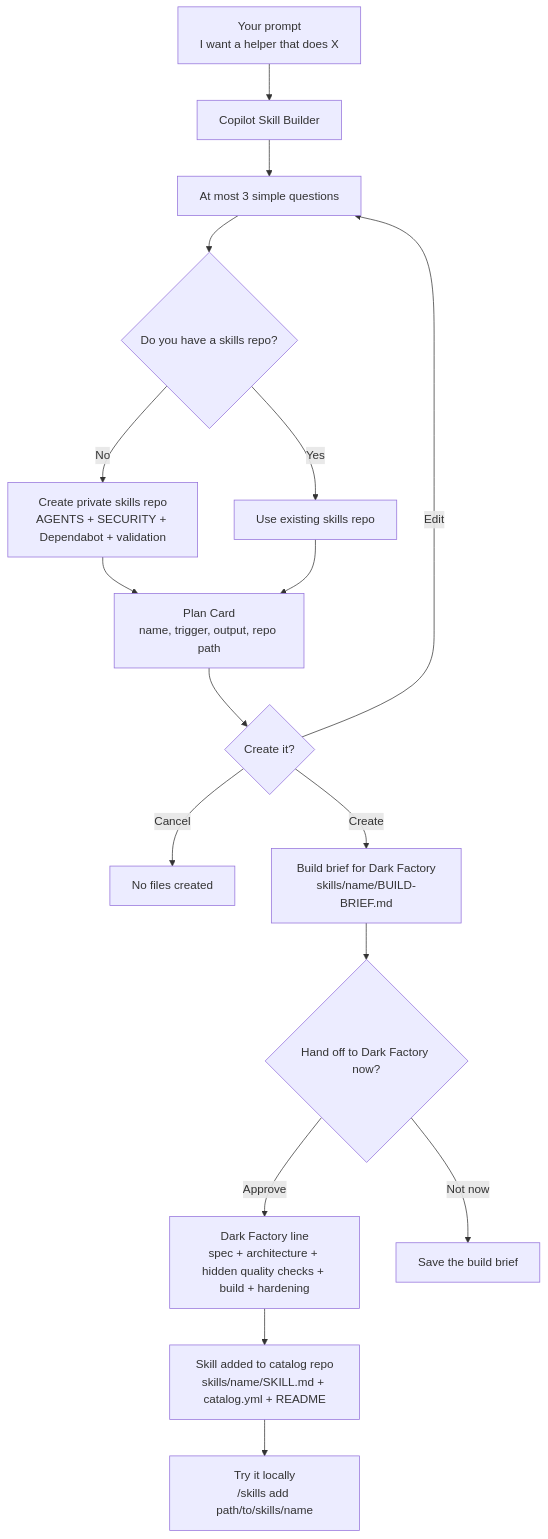
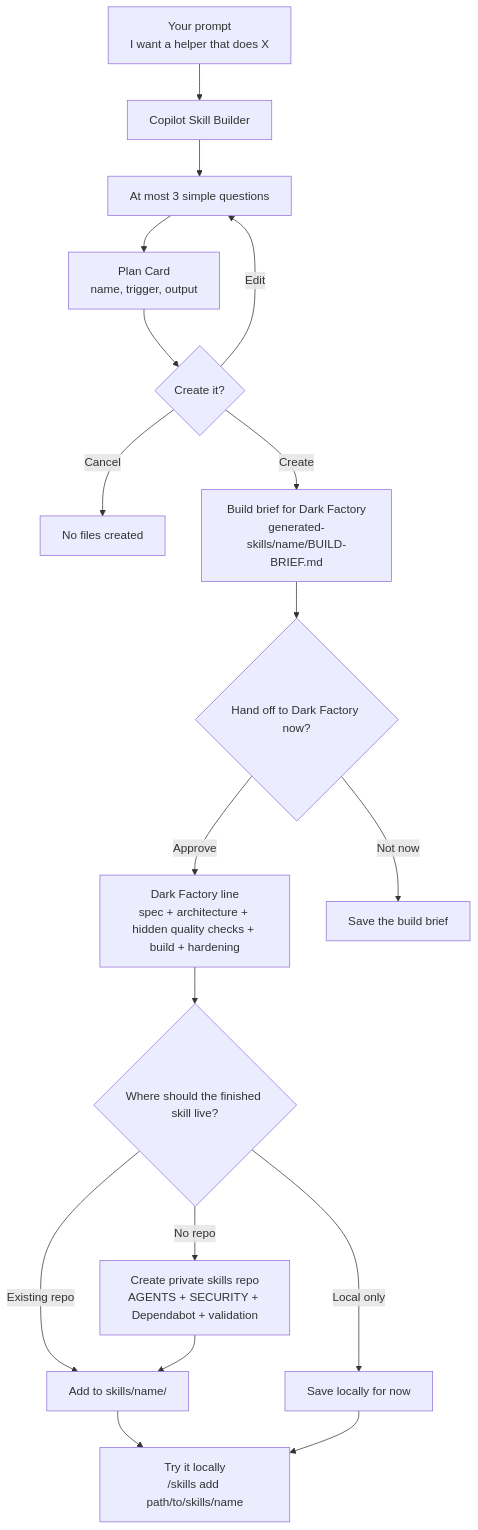
The diagram in README.md (DUBSOpenHub/copilot-skill-builder), drawn with Mermaid before and after one commit. The commit also changed other lines of this file and 3 other files, not shown here.

Commit message:
Place finished skills in catalog after build

````diff
--- a/README.md
+++ b/README.md
@@ -49,19 +49,20 @@
 ```mermaid
 flowchart TD
     A["Your prompt<br/>I want a helper that does X"] --> B["Copilot Skill Builder"]
     B --> C["At most 3 simple questions"]
-    C --> D{"Do you have a skills repo?"}
-    D -- No --> E["Create private skills repo<br/>AGENTS + SECURITY + Dependabot + validation"]
-    D -- Yes --> F["Use existing skills repo"]
-    E --> G["Plan Card<br/>name, trigger, output, repo path"]
-    F --> G
+    C --> G["Plan Card<br/>name, trigger, output"]
     G --> H{"Create it?"}
     H -- Edit --> C
     H -- Cancel --> Z["No files created"]
-    H -- Create --> I["Build brief for Dark Factory<br/>skills/name/BUILD-BRIEF.md"]
+    H -- Create --> I["Build brief for Dark Factory<br/>generated-skills/name/BUILD-BRIEF.md"]
     I --> J{"Hand off to Dark Factory now?"}
     J -- Approve --> K["Dark Factory line<br/>spec + architecture + hidden quality checks + build + hardening"]
     J -- Not now --> M["Save the build brief"]
-    K --> L["Skill added to catalog repo<br/>skills/name/SKILL.md + catalog.yml + README"]
-    L --> N["Try it locally<br/>/skills add path/to/skills/name"]
+    K --> L{"Where should the finished skill live?"}
+    L -- Existing repo --> N["Add to skills/name/"]
+    L -- No repo --> O["Create private skills repo<br/>AGENTS + SECURITY + Dependabot + validation"]
+    L -- Local only --> P["Save locally for now"]
+    O --> N
+    N --> Q["Try it locally<br/>/skills add path/to/skills/name"]
+    P --> Q
 ```
````
